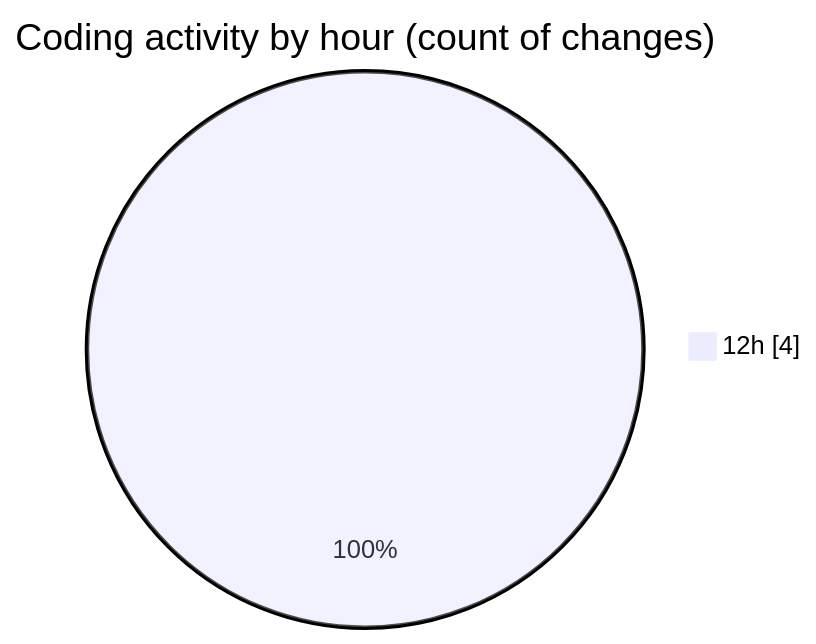
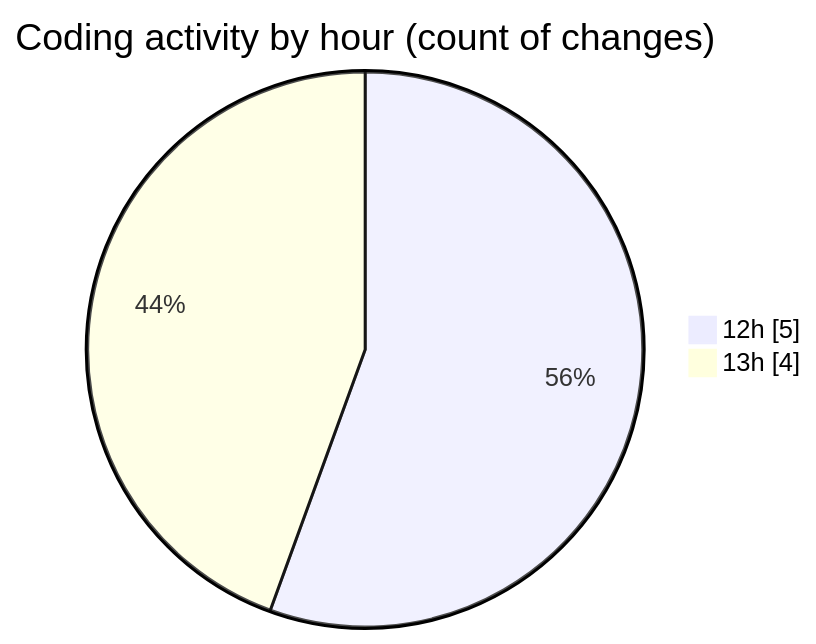
Before and after one commit to ricardozamudiocil/code-tracking: the second of 2 diagrams in 2026-05-22/cilapp/README.md, drawn with Mermaid. The commit also changed other lines of this file and 1 other file, not shown here.

````diff
--- a/2026-05-22/cilapp/README.md
+++ b/2026-05-22/cilapp/README.md
@@ -28,5 +28,6 @@
 ```mermaid
 pie showData
 title Coding activity by hour (count of changes)
-"12h" : 4
+"12h" : 5
+"13h" : 4
 ```
````
